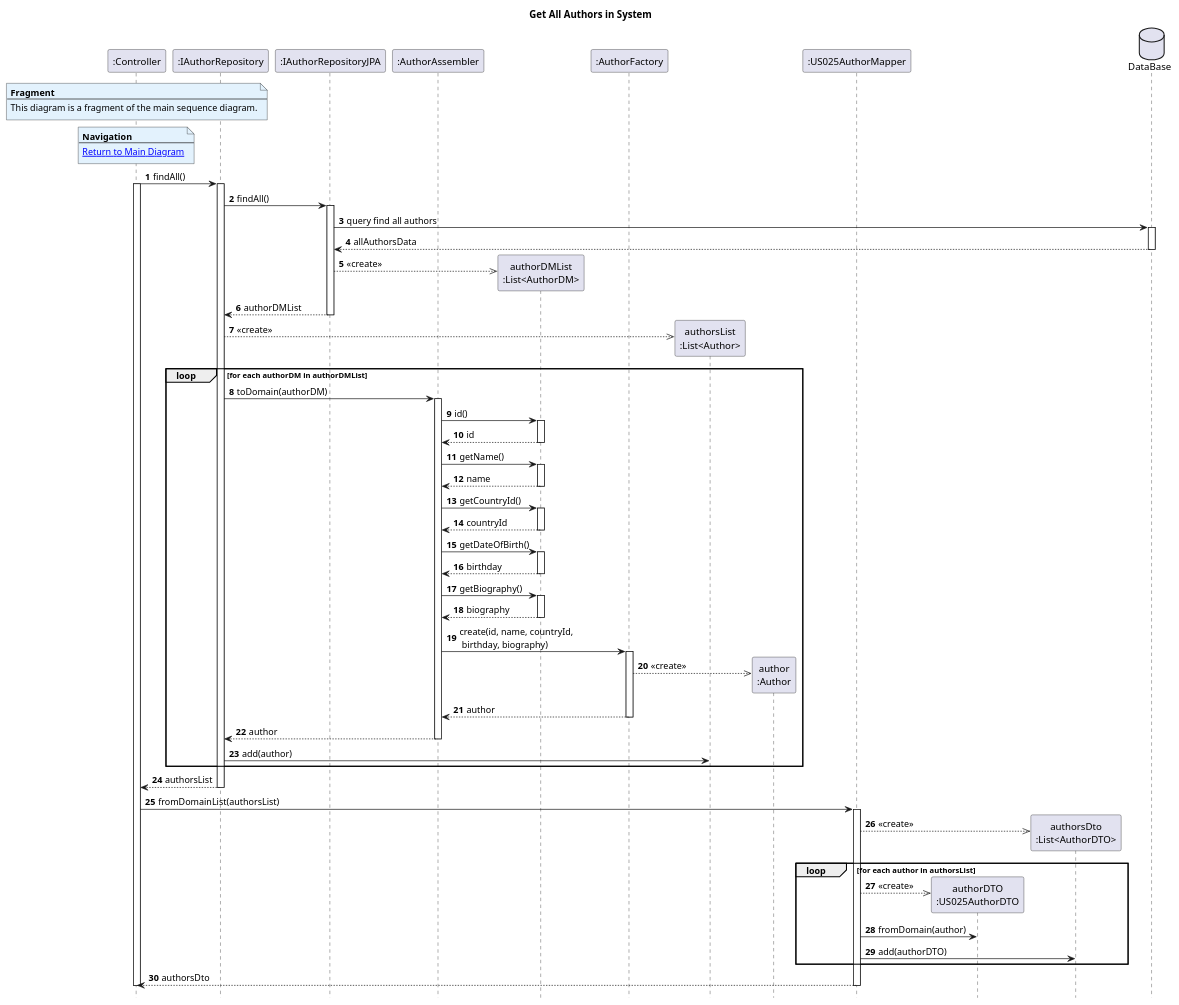
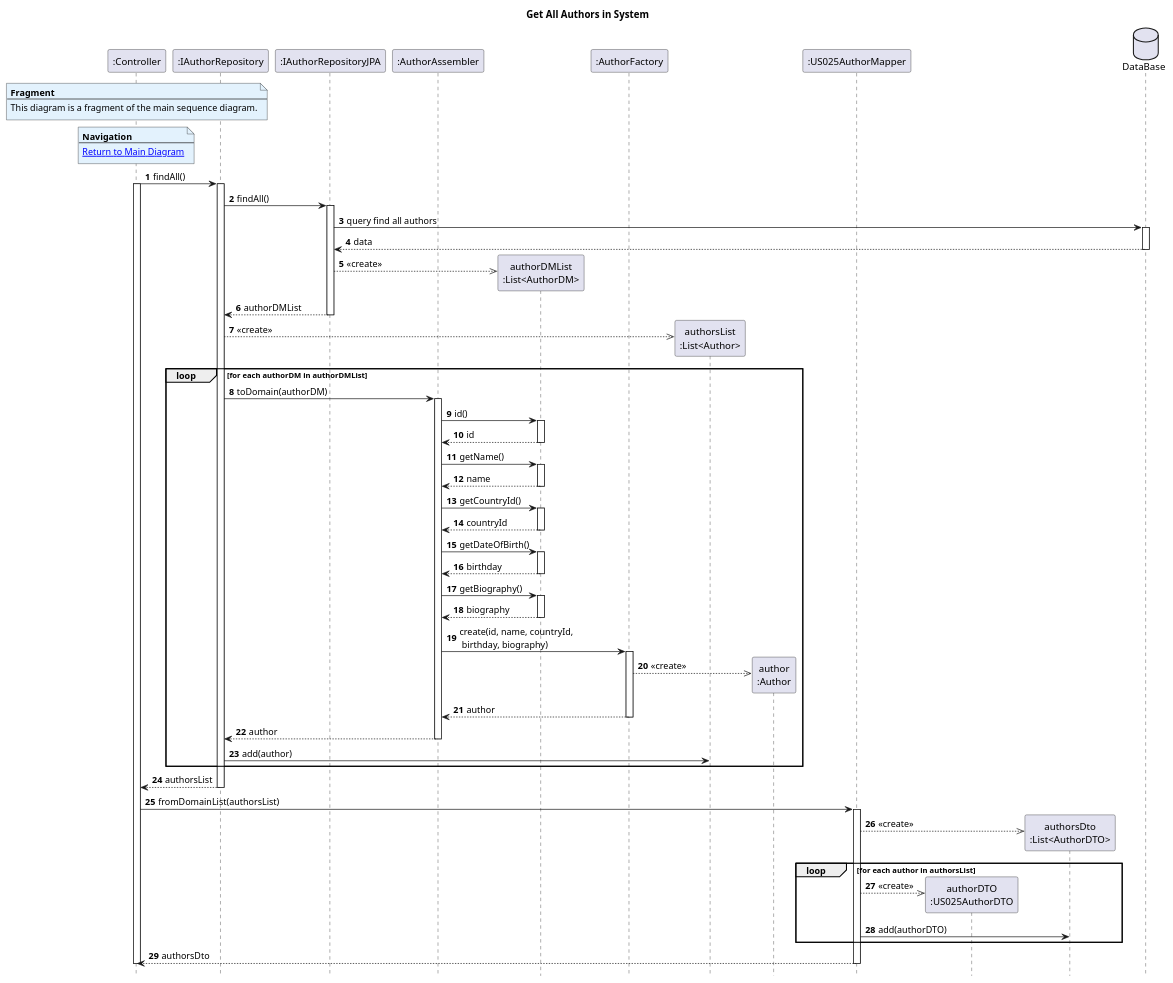
Before and after one commit to AndrePereiraGitH/SWitCH-Project-Team_A: the diagram in Diagrams/SequenceDiagrams/N2/To-get-the-list-of-items-on-direct-sale-of-a-given-author/2.GetAllAuthors.puml, drawn with PlantUML. The commit also changed 9 other files, not shown here.

```diff
--- a/Diagrams/SequenceDiagrams/N2/To-get-the-list-of-items-on-direct-sale-of-a-given-author/2.GetAllAuthors.puml
+++ b/Diagrams/SequenceDiagrams/N2/To-get-the-list-of-items-on-direct-sale-of-a-given-author/2.GetAllAuthors.puml
@@ -1,108 +1,107 @@
 @startuml
 hide footbox
 autonumber
 title Get All Authors in System
 
 participant ":Controller" as ctrl
 participant ":IAuthorRepository" as authorRepo
 participant ":IAuthorRepositoryJPA" as authorRepoJpa
 participant ":AuthorAssembler" as authorAssembler
 participant "authorDMList\n:List<AuthorDM>" as authorDMList
 participant ":AuthorFactory" as authorFactory
 participant "authorsList\n:List<Author>" as authorsList
 participant "author\n:Author" as author
 participant ":US025AuthorMapper" as AuthorMapper
 participant "authorDTO\n:US025AuthorDTO" as AuthorDTO
 participant "authorsDto\n:List<AuthorDTO>" as AuthorsListDto
 database "DataBase" as db
 
 note over ctrl #E3F2FD
 <b>Fragment</b>
 ---
 This diagram is a fragment of the main sequence diagram.
 end note
 
 note over ctrl #E3F2FD
 <b>Navigation</b>
 ---
 [[1.MainDiagram.puml Return to Main Diagram]]
 end note
 
 ctrl -> authorRepo : findAll()
 activate ctrl
 activate authorRepo
 
 authorRepo -> authorRepoJpa : findAll()
 activate authorRepoJpa
 authorRepoJpa -> db : query find all authors
 activate db
-db --> authorRepoJpa : allAuthorsData
+db --> authorRepoJpa : data
 deactivate db
 authorRepoJpa -->> authorDMList ** : <<create>>
 authorRepoJpa --> authorRepo : authorDMList
 deactivate authorRepoJpa
 
 authorRepo -->> authorsList ** : <<create>>
 
 loop for each authorDM in authorDMList
 
     authorRepo -> authorAssembler : toDomain(authorDM)
     activate authorAssembler
 
     authorAssembler -> authorDMList : id()
     activate authorDMList
     authorDMList --> authorAssembler : id
     deactivate authorDMList
 
     authorAssembler -> authorDMList : getName()
     activate authorDMList
     authorDMList --> authorAssembler : name
     deactivate authorDMList
 
     authorAssembler -> authorDMList : getCountryId()
     activate authorDMList
     authorDMList --> authorAssembler : countryId
     deactivate authorDMList
 
     authorAssembler -> authorDMList : getDateOfBirth()
     activate authorDMList
     authorDMList --> authorAssembler : birthday
     deactivate authorDMList
 
     authorAssembler -> authorDMList : getBiography()
     activate authorDMList
     authorDMList --> authorAssembler : biography
     deactivate authorDMList
 
     authorAssembler -> authorFactory : create(id, name, countryId,\n birthday, biography)
     activate authorFactory
 
     authorFactory -->> author ** : <<create>>
     authorFactory --> authorAssembler : author
     deactivate authorFactory
 
     authorAssembler --> authorRepo : author
     deactivate authorAssembler
 
     authorRepo -> authorsList : add(author)
 
 end loop
 
 authorRepo --> ctrl : authorsList
 deactivate authorRepo
 
 ctrl -> AuthorMapper : fromDomainList(authorsList)
 activate AuthorMapper
 AuthorMapper -->> AuthorsListDto ** : <<create>>
 
 loop for each author in authorsList
     AuthorMapper -->> AuthorDTO ** : <<create>>
-    AuthorMapper -> AuthorDTO : fromDomain(author)
     AuthorMapper -> AuthorsListDto : add(authorDTO)
 end
 
 AuthorMapper --> ctrl : authorsDto
 deactivate AuthorMapper
 
 deactivate ctrl
 @enduml
```
